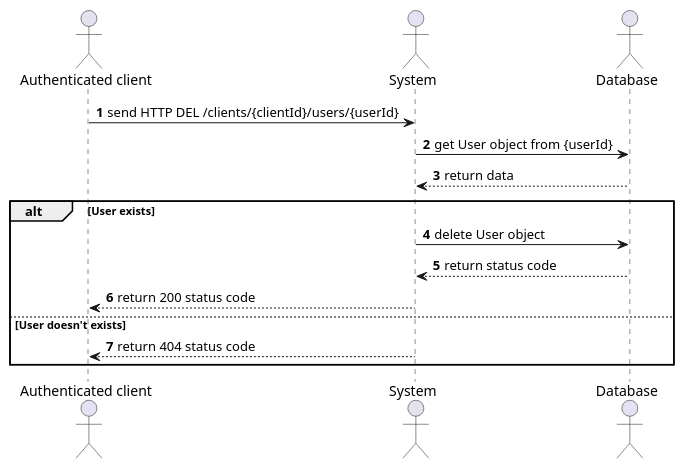
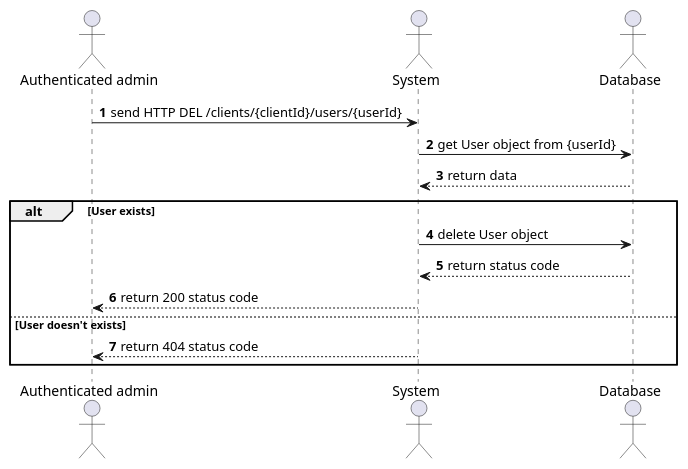
One commit to Xwyk/BileMo changed the diagram in diagrams/Sequences/UsersManagement/Sequence_DeleteUser.puml. Above: the diagram before and after it, drawn with PlantUML. The commit also changed 13 other files, not shown here.

```diff
--- a/diagrams/Sequences/UsersManagement/Sequence_DeleteUser.puml
+++ b/diagrams/Sequences/UsersManagement/Sequence_DeleteUser.puml
@@ -1,22 +1,22 @@
 @startuml
 'https://plantuml.com/sequence-diagram
 
 autonumber
 
-actor "Authenticated client" as client
+actor "Authenticated admin" as admin
 actor System                as system
 actor Database              as db
 
-client  -> system  : send HTTP DEL /clients/{clientId}/users/{userId}
+admin  -> system  : send HTTP DEL /clients/{clientId}/users/{userId}
 system -> db      : get User object from {userId}
 system <-- db     : return data
 
 alt User exists
   system -> db      : delete User object
   system <-- db     : return status code
-  client  <-- system : return 200 status code
+  admin  <-- system : return 200 status code
 else User doesn't exists
-  client  <-- system : return 404 status code
+  admin  <-- system : return 404 status code
 end
 
 @enduml
```
